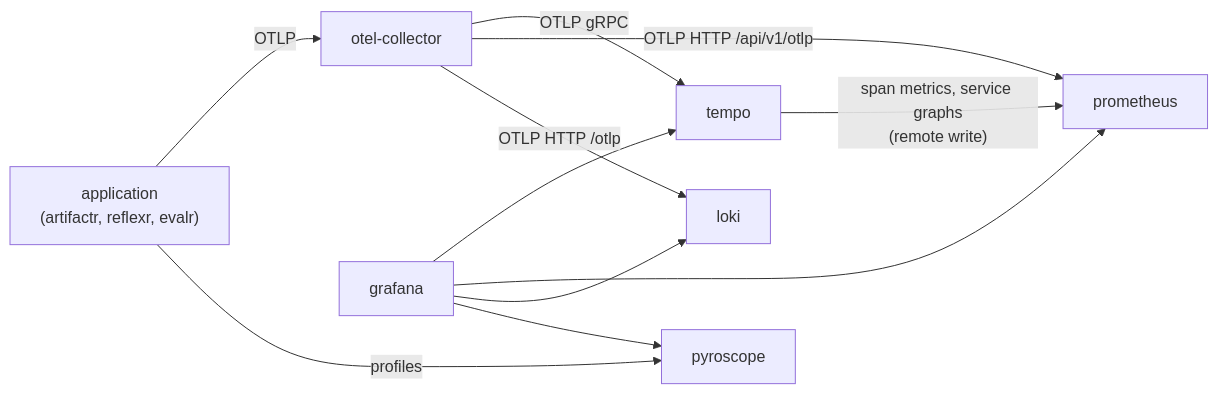
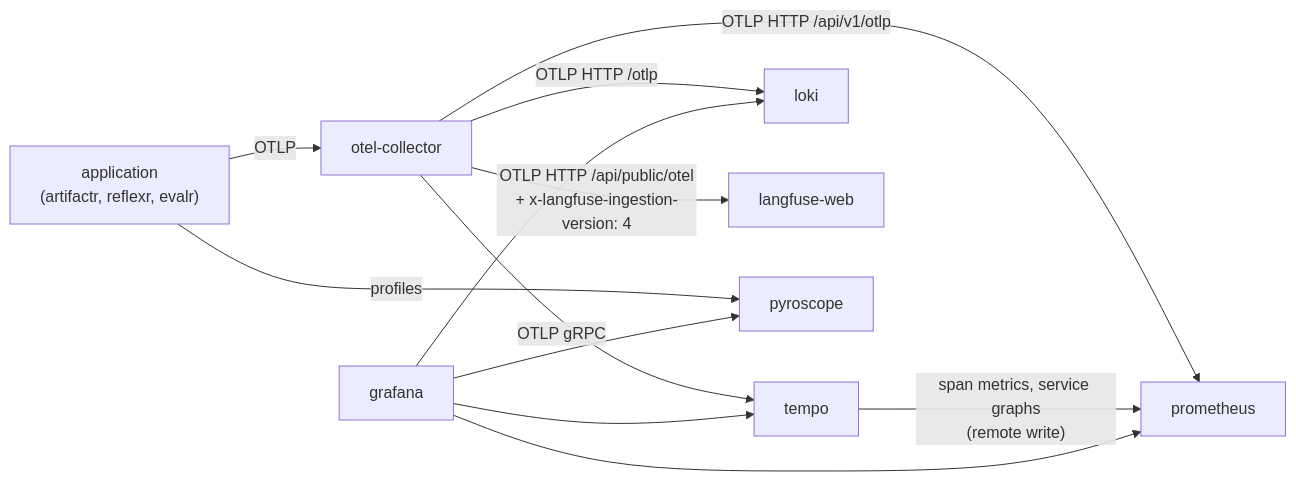
One commit to alexnodeland/lattice changed the diagram in packages/stackr/docs/architecture.md. Above: the diagram before and after it, drawn with Mermaid. The commit also changed other lines of this file and 12 other files, not shown here.

First line of the commit message:
feat(langfuse): add self-hosted Langfuse behind the Collector (alexnodeland/stackr#12)

````diff
--- a/packages/stackr/docs/architecture.md
+++ b/packages/stackr/docs/architecture.md
@@ -76,10 +78,11 @@
 ```mermaid
 graph LR
     app["application<br/>(artifactr, reflexr, evalr)"] -- "OTLP" --> collector["otel-collector"]
     collector -- "OTLP gRPC" --> tempo["tempo"]
     collector -- "OTLP HTTP /api/v1/otlp" --> prometheus["prometheus"]
     collector -- "OTLP HTTP /otlp" --> loki["loki"]
+    collector -- "OTLP HTTP /api/public/otel<br/>+ x-langfuse-ingestion-version: 4" --> langfuse["langfuse-web"]
     tempo -- "span metrics, service graphs<br/>(remote write)" --> prometheus
     app -- "profiles" --> pyroscope["pyroscope"]
     grafana["grafana"] --> tempo & prometheus & loki & pyroscope
 ```
````
